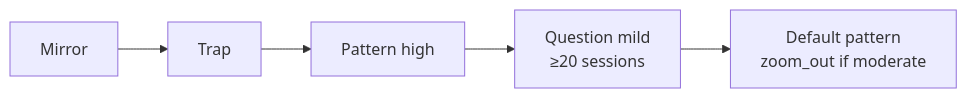
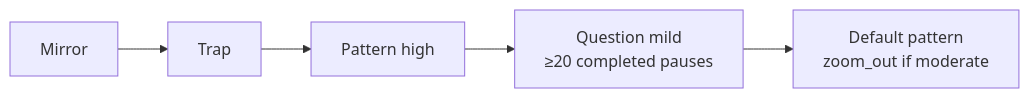
The fourth of 5 diagrams in docs/systems/pause/ai-powered-pause-system.md (Angelguirao/holzen), drawn with Mermaid before and after one commit. The commit also changed other lines of this file, not shown here.

````diff
--- a/docs/systems/pause/ai-powered-pause-system.md
+++ b/docs/systems/pause/ai-powered-pause-system.md
@@ -336,7 +330,7 @@
 ```mermaid
 flowchart LR
   A[Mirror] --> B[Trap]
   B --> C[Pattern high]
-  C --> D[Question mild\n≥20 sessions]
+  C --> D[Question mild\n≥20 completed pauses]
   D --> E[Default pattern\nzoom_out if moderate]
 ```
````
